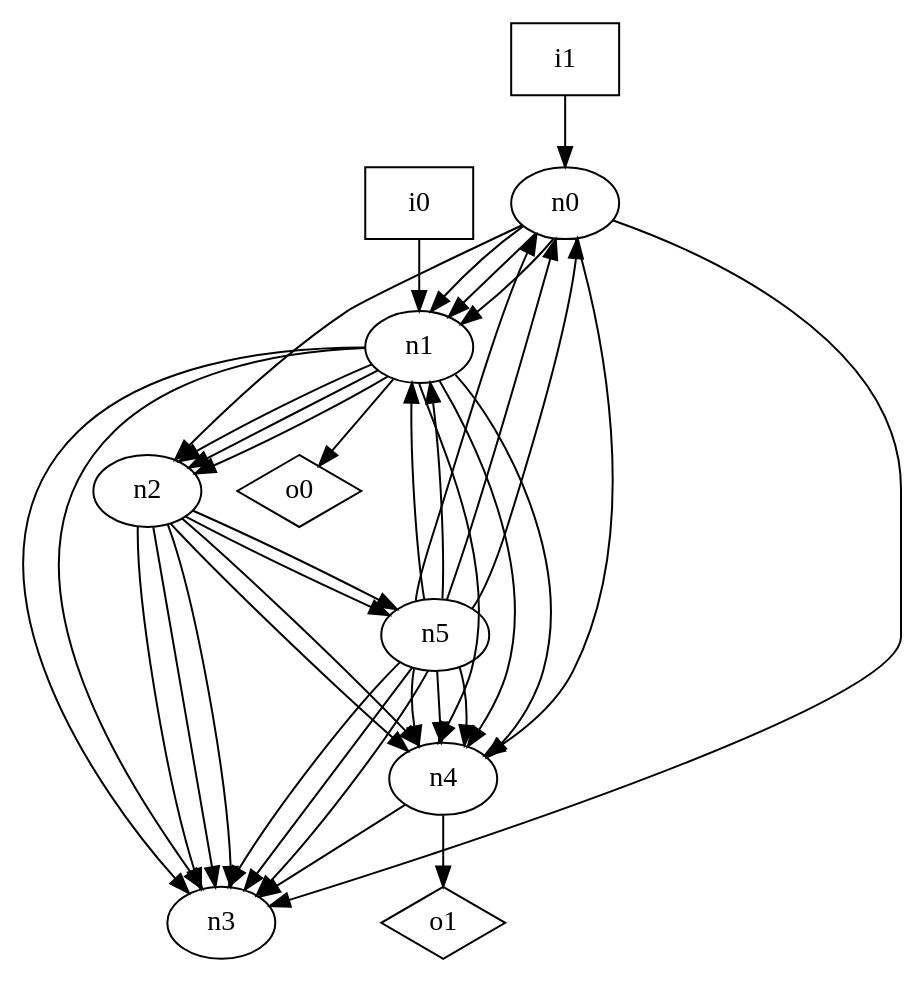
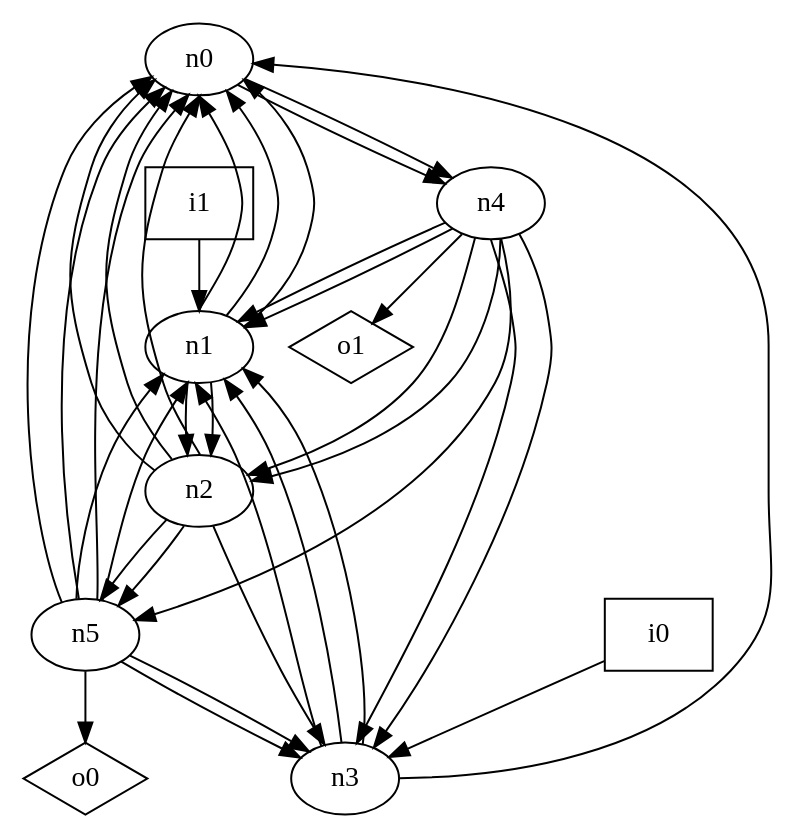
The diagram in dot_files/random/random_oriented_graph.dot (p9romain/bool-circuits), drawn with Graphviz before and after one commit. The commit also changed 22 other files, not shown here.

```diff
--- a/dot_files/random/random_oriented_graph.dot
+++ b/dot_files/random/random_oriented_graph.dot
@@ -1,49 +1,47 @@
 digraph G {
 n0 [label="n0"];
 n1 [label="n1"];
 n2 [label="n2"];
 n3 [label="n3"];
 n4 [label="n4"];
 n5 [label="n5"];
 n6 [label="i0",shape="box"];
 n7 [label="i1",shape="box"];
 n8 [label="o0",shape="diamond"];
 n9 [label="o1",shape="diamond"];
-n0 -> n1
-n0 -> n1
-n0 -> n1
-n0 -> n2
-n0 -> n3
 n0 -> n4
+n0 -> n4
+n1 -> n0
+n1 -> n0
+n1 -> n0
 n1 -> n2
 n1 -> n2
-n1 -> n2
-n1 -> n3
-n1 -> n3
-n1 -> n4
-n1 -> n4
-n1 -> n4
-n1 -> n8
+n2 -> n0
+n2 -> n0
+n2 -> n0
 n2 -> n3
-n2 -> n3
-n2 -> n3
-n2 -> n4
-n2 -> n4
 n2 -> n5
 n2 -> n5
+n3 -> n0
+n3 -> n1
+n3 -> n1
+n3 -> n1
+n4 -> n1
+n4 -> n1
+n4 -> n2
+n4 -> n2
 n4 -> n3
+n4 -> n3
+n4 -> n5
 n4 -> n9
 n5 -> n0
 n5 -> n0
 n5 -> n0
 n5 -> n1
 n5 -> n1
 n5 -> n3
 n5 -> n3
-n5 -> n3
-n5 -> n4
-n5 -> n4
-n5 -> n4
-n6 -> n1
-n7 -> n0
+n5 -> n8
+n6 -> n3
+n7 -> n1
 }
```
